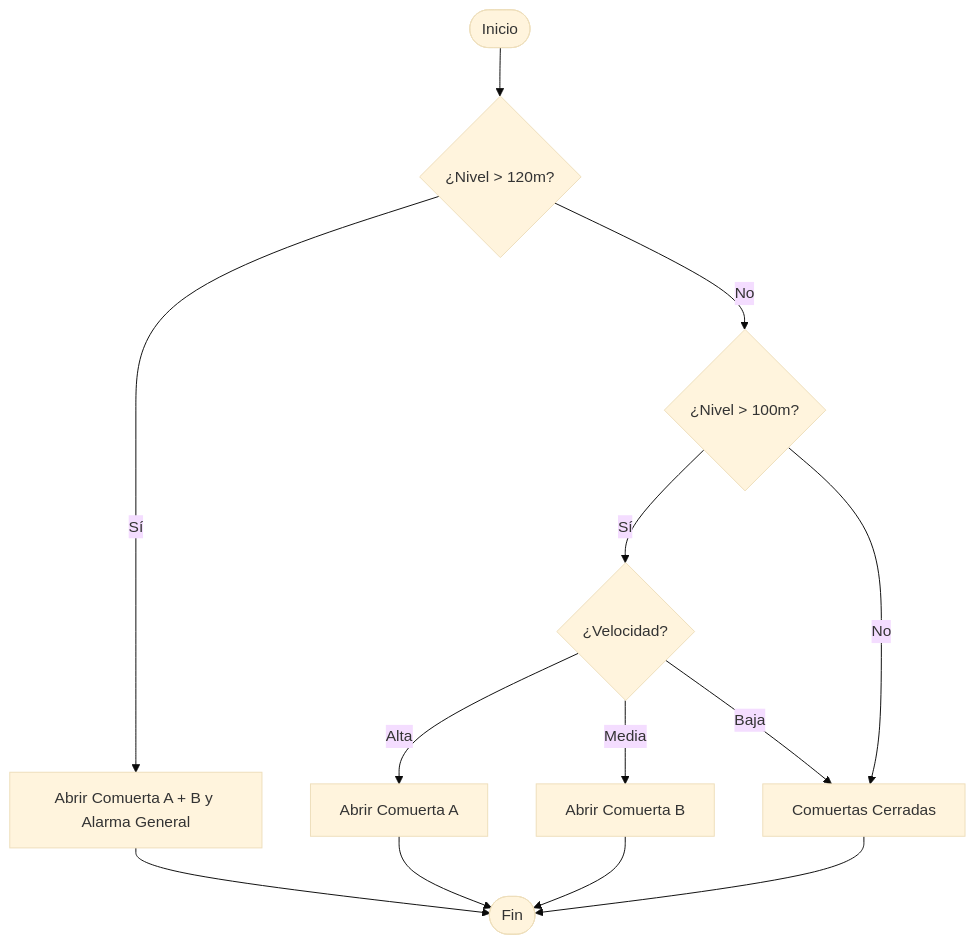
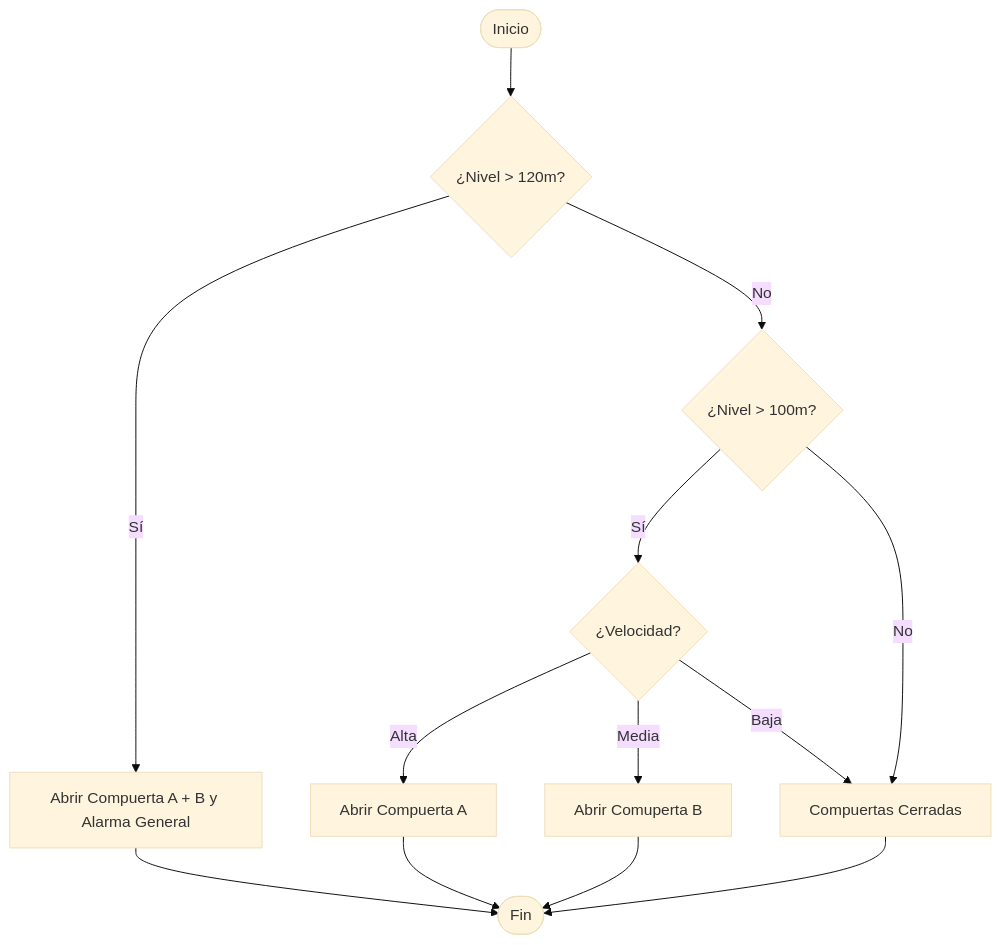
Before and after one commit to keylayudex2007-ops/resultados-retos-logica: the diagram in nivel_0/reto_04_protocolo_de_gestion.md/diagrama.md, drawn with Mermaid (base theme). The commit also changed 8 other files, not shown here.

Commit message:
fundamento_diagrama

````diff
--- a/nivel_0/reto_04_protocolo_de_gestion.md/diagrama.md
+++ b/nivel_0/reto_04_protocolo_de_gestion.md/diagrama.md
@@ -1,15 +1,15 @@
 ```mermaid
 graph TD
     A([Inicio]) --> B{¿Nivel > 120m?}
-    B -- Sí --> C[Abrir Comuerta A + B y Alarma General]
+    B -- Sí --> C[Abrir Compuerta A + B y Alarma General]
     B -- No --> D{¿Nivel > 100m?}
     D -- Sí --> E{¿Velocidad?}
-    E -- Alta --> F[Abrir Comuerta A]
-    E -- Media --> G[Abrir Comuerta B]
-    E -- Baja --> H[Comuertas Cerradas]
+    E -- Alta --> F[Abrir Compuerta A]
+    E -- Media --> G[Abrir Comuperta B]
+    E -- Baja --> H[Compuertas Cerradas]
     D -- No --> H
     C --> I([Fin])
     F --> I
     G --> I
     H --> I
 ```
````
